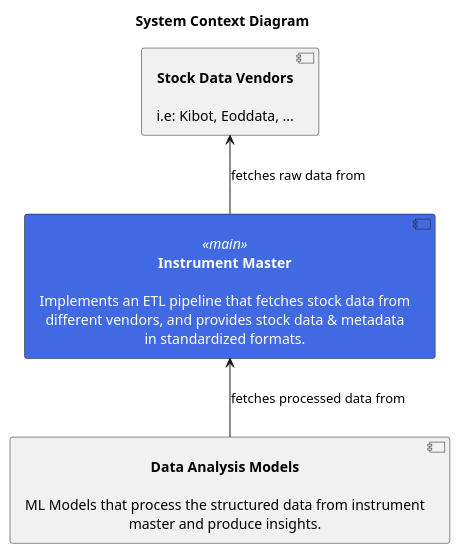
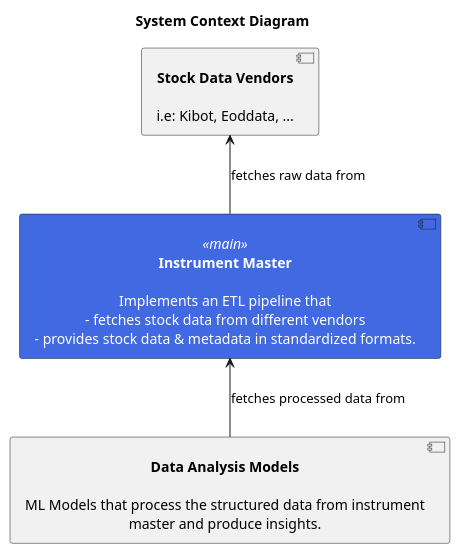
The first of 3 diagrams in vendors2/kibot/instrument_master_architecture.md (kaizen-ai/kaizenflow), drawn with PlantUML before and after one commit. The commit also changed other lines of this file and 5 other files, not shown here.

````diff
--- a/vendors2/kibot/instrument_master_architecture.md
+++ b/vendors2/kibot/instrument_master_architecture.md
@@ -46,35 +47,35 @@
 ```plantuml
 @startuml
 title System Context Diagram
 
 skinparam defaultTextAlignment center
 skinparam component {
     backgroundcolor<<main>> RoyalBlue
     FontColor<<main>> white
 }
 
 component imaster <<main>> [
 **Instrument Master**
 
-Implements an ETL pipeline that fetches stock data from
-different vendors, and provides stock data & metadata
-in standardized formats.
+Implements an ETL pipeline that
+- fetches stock data from different vendors
+- provides stock data & metadata in standardized formats.
 ]
 
 component vendors [
 **Stock Data Vendors**
 
 i.e: Kibot, Eoddata, ...
 ]
 
 component models [
 **Data Analysis Models**
 
 ML Models that process the structured data from instrument
 master and produce insights.
 ]
 
 imaster -up-> vendors: fetches raw data from
 imaster <-- models: fetches processed data from
 @enduml
 ```
````
